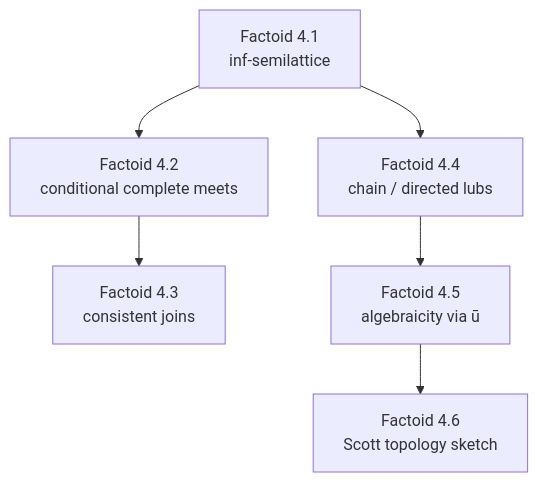
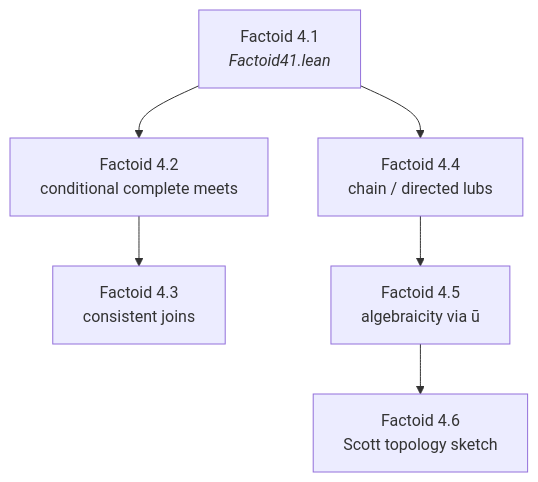
The sixth of 10 diagrams in arxiv.md (catskillsresearch/scott1982), drawn with Mermaid before and after one commit. The commit also changed other lines of this file and 3 other files, not shown here.

First line of the commit message:
Prove Factoid 4.1: |A| is an inf-semilattice under ∩.

````diff
--- a/arxiv.md
+++ b/arxiv.md
@@ -298,12 +298,12 @@
 ```mermaid
 flowchart TD
-  F41["Factoid 4.1<br/>inf-semilattice"]
+  F41["Factoid 4.1<br/><i>Factoid41.lean</i>"]
   F42["Factoid 4.2<br/>conditional complete meets"]
   F43["Factoid 4.3<br/>consistent joins"]
   F44["Factoid 4.4<br/>chain / directed lubs"]
   F45["Factoid 4.5<br/>algebraicity via ū"]
   F46["Factoid 4.6<br/>Scott topology sketch"]
   F41 --> F42 --> F43
   F41 --> F44 --> F45
   F45 --> F46
 ```
````
